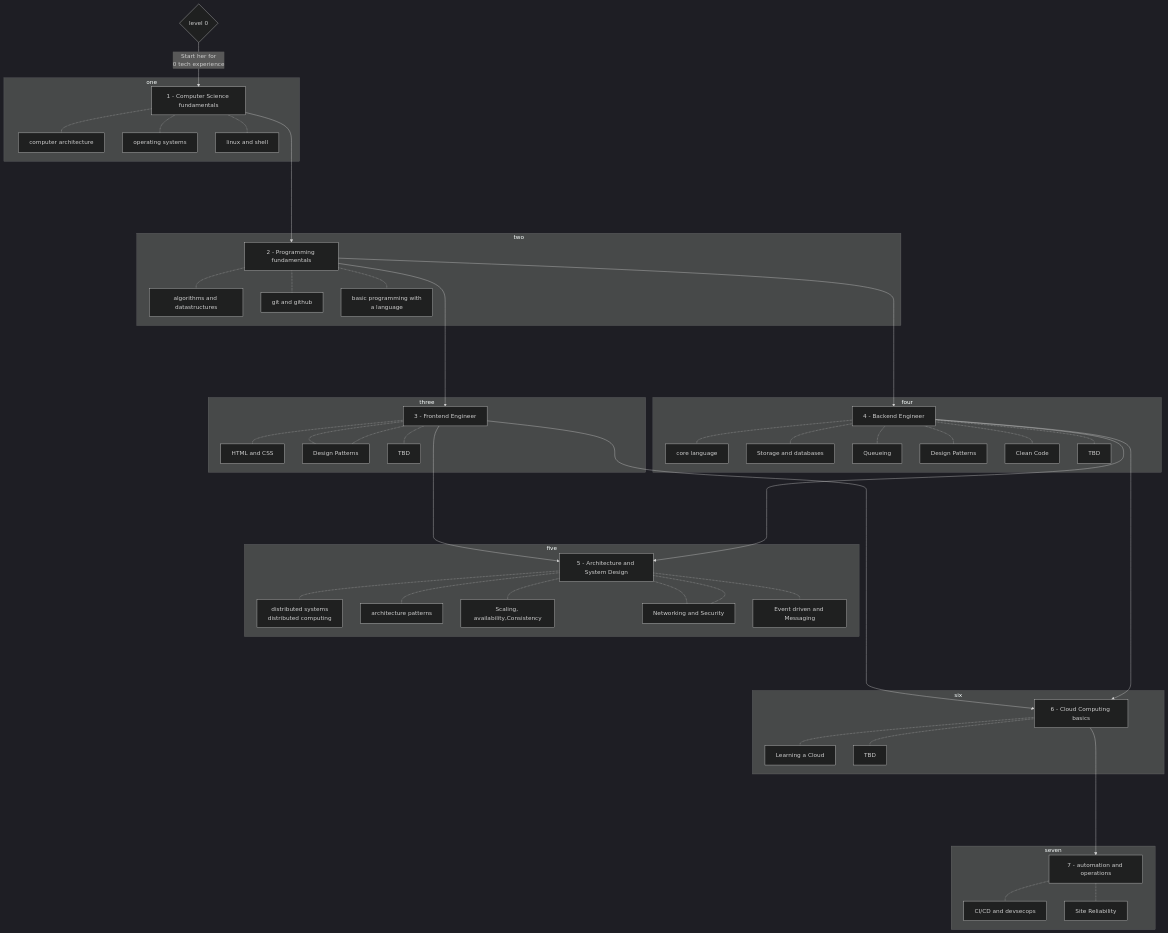
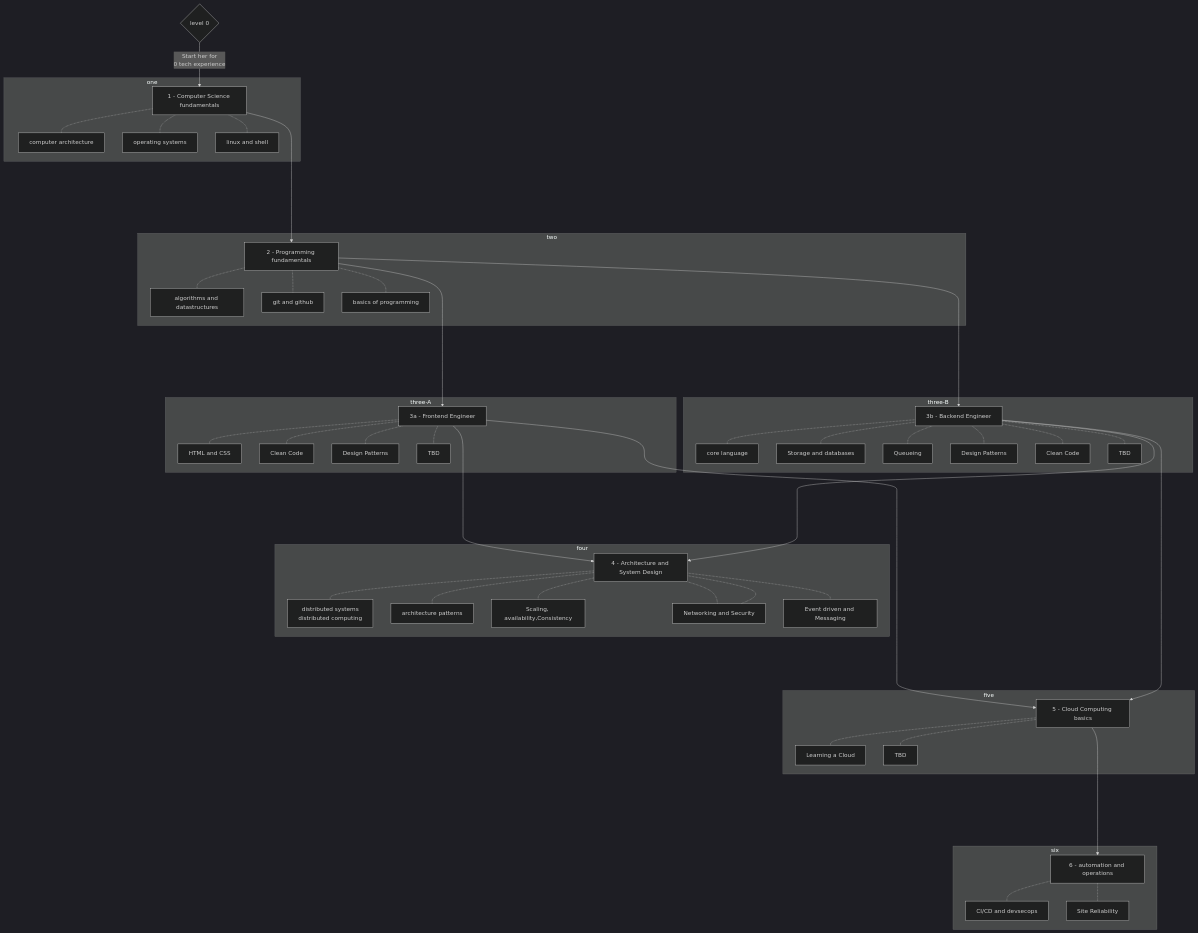
One commit to theclassrooms/theclassrooms.github.io changed the diagram in README.md. Above: the diagram before and after it, drawn with Mermaid (dark theme). The commit also changed other lines of this file and 4 other files, not shown here.

````diff
--- a/README.md
+++ b/README.md
@@ -15,74 +15,79 @@
 ```mermaid
 graph TD
 
         0{level 0} -->|Start her for <br/> 0 tech experience| 1
        
         1[1 - Computer Science fundamentals] ------> 2[2 - Programming fundamentals]
         subgraph one
             1 -.- 1a[computer architecture]
             1 -.- 1b[operating systems]
             1 -.- 1c[linux and shell]
         end
 
         subgraph two
             2 -.- 2a[algorithms and datastructures]
             2 -.- 2b[git and github]
-            2 -.- 2c[basic programming with<br/> a language]
+            2 -.- 2c[basics of programming]
         end
         
-        2 ------> 3[3 - Frontend Engineer]
-        subgraph three
-            3 -.- 3a[HTML and CSS]
-            3 -.- 3b[Clean Code]
-            3 -.- 3b[Design Patterns]
-            3 -.- 3x[TBD]
+        2 ------> 3a[3a - Frontend Engineer]
+        subgraph three-A
+            3a -.- 3aa[HTML and CSS]
+            3a -.- 3ab[Clean Code]
+            3a -.- 3ac[Design Patterns]
+            3a -.- 3ax[TBD]
         end
-        subgraph four
-            4 -.- 4a[core language]
-            4 -.- 4b[Storage and databases]
-            4 -.- 4c[Queueing]
-            4 -.- 4d[Design Patterns]
-            4 -.- 4e[Clean Code]
-            4 -.- 4x[TBD]
+
+        2 ------> 3b[3b - Backend Engineer]
+        subgraph three-B
+            3b -.- 3ba[core language]
+            3b -.- 3bb[Storage and databases]
+            3b -.- 3bc[Queueing]
+            3b -.- 3bd[Design Patterns]
+            3b -.- 3be[Clean Code]
+            3b -.- 3bx[TBD]
 
         end
 
-        2 ------> 4[4 - Backend Engineer]
         
-        3 ------> 5
-        3 --------> 6
-        4 ------> 5[5 - Architecture and System Design]
+        3a ------> 4
+        3b ------> 4[4 - Architecture and System Design]
+
+        subgraph four
+            4 -.- 4a[distributed systems <br/> distributed computing]
+            4 -.- 4b[architecture patterns]
+            4 -.- 4c[Scaling, availability,Consistency]
+            4 -.- 4d[Databases and Caching design]
+            4 -.- 4d[Networking and Security]
+            4 -.- 4x[Event driven and Messaging]
+        end
+    
+        3a ----------> 5
+        3b ----------> 5[5 - Cloud Computing basics]
 
         subgraph five
-            5 -.- 5a[distributed systems <br/> distributed computing]
-            5 -.- 5b[architecture patterns]
-            5 -.- 5c[Scaling, availability,Consistency]
-            5 -.- 5d[Databases and Caching design]
-            5 -.- 5d[Networking and Security]
-            5 -.- 5x[Event driven and Messaging]
-        end
-    
-
-        4 ----------> 6[6 - Cloud Computing basics]
-
-        subgraph six
-            6 -.- 6a[Learning a Cloud]
-            6 -.- 6b[TBD] 
+            5 -.- 5a[Learning a Cloud]
+            5 -.- 5b[TBD] 
 
         end
         
-        6 ------> 7[7 - automation and operations]
+        5 ------> 6[6 - automation and operations]
 
-        subgraph seven
-            7 -.- 7a[CI/CD and devsecops]
-            7 -.- 7b[Site Reliability] 
+        subgraph six
+            6 -.- 6a[CI/CD and devsecops]
+            6 -.- 6b[Site Reliability] 
 
         end
 
 
 
         click 1 "./#/computer-science-fundamentals" "clickable"
+        click 1a "./#/computer-architecture" "clickable"
+        click 1b "./#/operating-systems" "clickable"
+        click 1c "./#/linux-and-shell" "clickable"
         click 2 "./#/programming-fundamentals" "clickable"
         click 2b "./#/git" "clickable"
+        click 2a "./#/algorithms-and-data-structures" "clickable"
+        click 2c "./#/basics-of-programming" "clickable"
 
 ```
````
